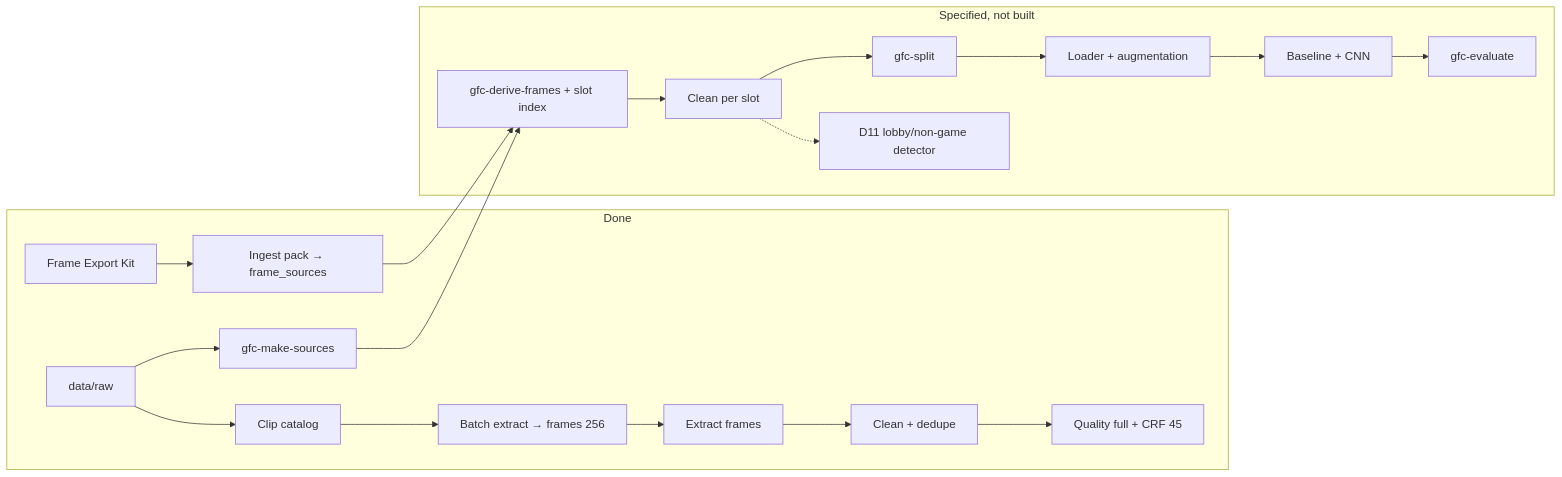
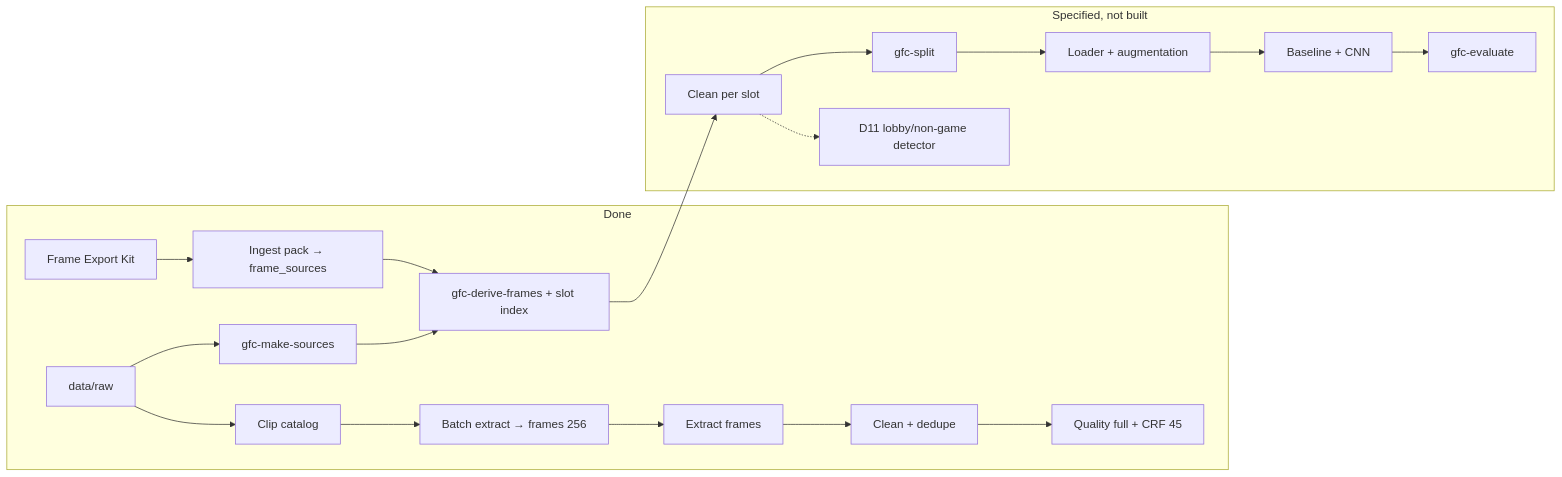
The diagram in docs/pipeline-status.md (EdisonLing/game-frame-classifier), drawn with Mermaid before and after one commit. The commit also changed other lines of this file and 2 other files, not shown here.

Commit message:
docs: mark gfc-derive-frames done

````diff
--- a/docs/pipeline-status.md
+++ b/docs/pipeline-status.md
@@ -18,31 +18,31 @@
 ```mermaid
 flowchart LR
   subgraph done ["Done"]
     R[data/raw]
     Cat[Clip catalog]
     Batch[Batch extract → frames 256]
     E[Extract frames]
     C[Clean + dedupe]
     Q[Quality full + CRF 45]
     FEK[Frame Export Kit]
     Ing[Ingest pack → frame_sources]
     Make[gfc-make-sources]
+    Der[gfc-derive-frames + slot index]
   end
 
   subgraph later ["Specified, not built"]
-    Der[gfc-derive-frames + slot index]
     CS[Clean per slot]
     S[gfc-split]
     L[Loader + augmentation]
     M[Baseline + CNN]
     Ev[gfc-evaluate]
     D11[D11 lobby/non-game detector]
   end
 
   R --> Cat --> Batch --> E
   E --> C --> Q
   R --> Make --> Der
   FEK --> Ing --> Der
   Der --> CS --> S --> L --> M --> Ev
   CS -.-> D11
 ```
````
